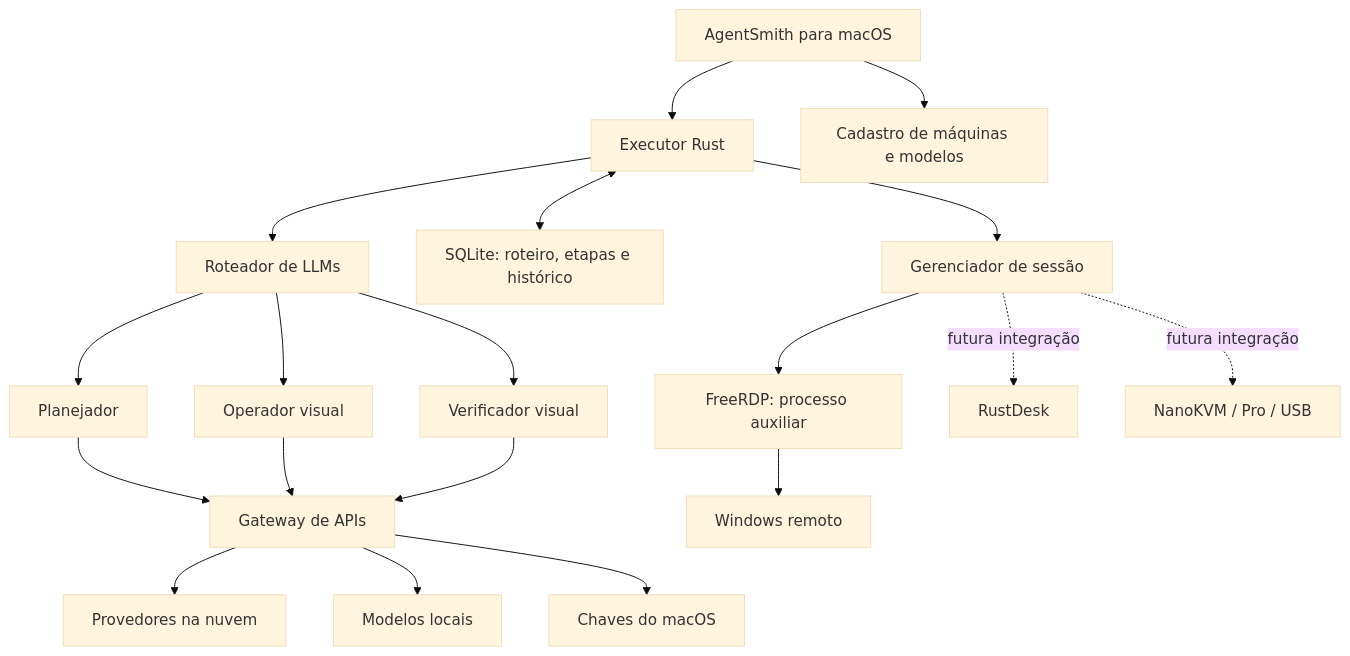
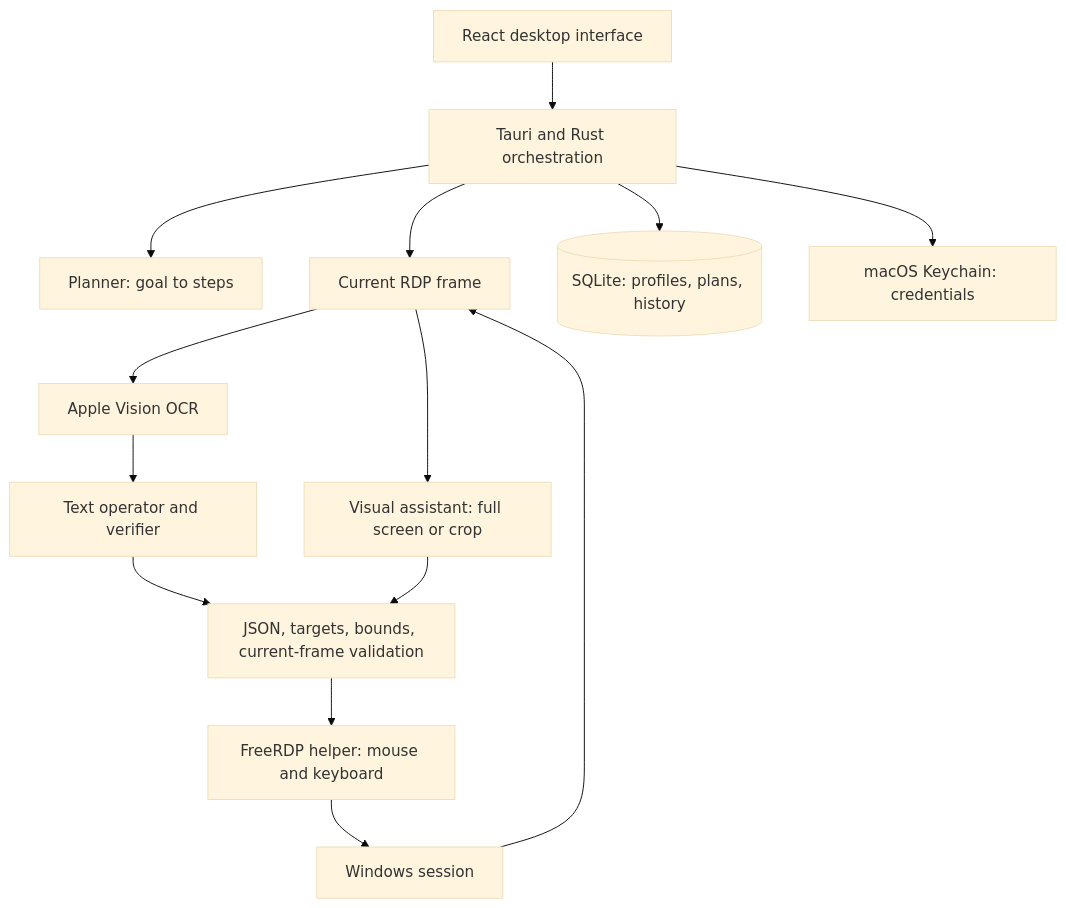
The diagram in docs/architecture.md (AleCyriaco/AgentSmith), drawn with Mermaid (base theme) before and after one commit. The commit also changed other lines of this file and 30 other files, not shown here.

````diff
--- a/docs/architecture.md
+++ b/docs/architecture.md
@@ -20,21 +5,16 @@
 ```mermaid
 flowchart TD
-    UI[AgentSmith para macOS] --> E[Executor Rust]
-    UI --> C[Cadastro de máquinas e modelos]
-    E --> R[Roteador de LLMs]
-    R --> P[Planejador]
-    R --> O[Operador visual]
-    R --> V[Verificador visual]
-    P --> G[Gateway de APIs]
-    O --> G
-    V --> G
-    G --> N[Provedores na nuvem]
-    G --> L[Modelos locais]
-    E <--> S[SQLite: roteiro, etapas e histórico]
-    G --> K[Chaves do macOS]
-    E --> M[Gerenciador de sessão]
-    M --> F[FreeRDP: processo auxiliar]
-    M -. futura integração .-> D[RustDesk]
-    M -. futura integração .-> H[NanoKVM / Pro / USB]
-    F --> W[Windows remoto]
+    UI[React desktop interface] --> Core[Tauri and Rust orchestration]
+    Core --> Plan[Planner: goal to steps]
+    Core --> Observe[Current RDP frame]
+    Observe --> OCR[Apple Vision OCR]
+    OCR --> Text[Text operator and verifier]
+    Observe --> Visual[Visual assistant: full screen or crop]
+    Text --> Validate[JSON, targets, bounds, current-frame validation]
+    Visual --> Validate
+    Validate --> RDP[FreeRDP helper: mouse and keyboard]
+    RDP --> Windows[Windows session]
+    Windows --> Observe
+    Core --> DB[(SQLite: profiles, plans, history)]
+    Core --> Keys[macOS Keychain: credentials]
 ```
````
